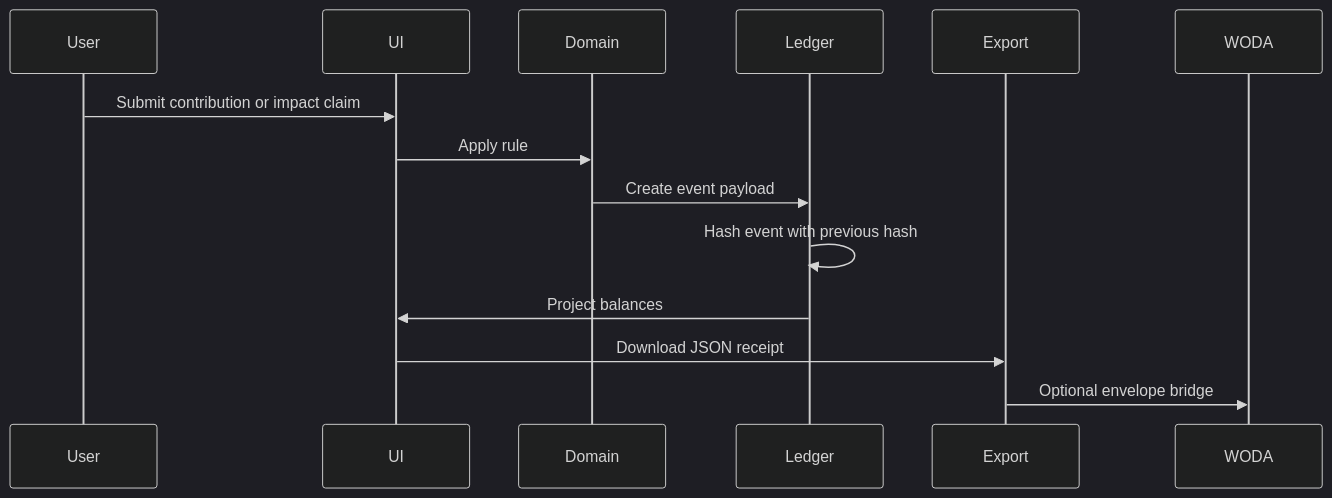
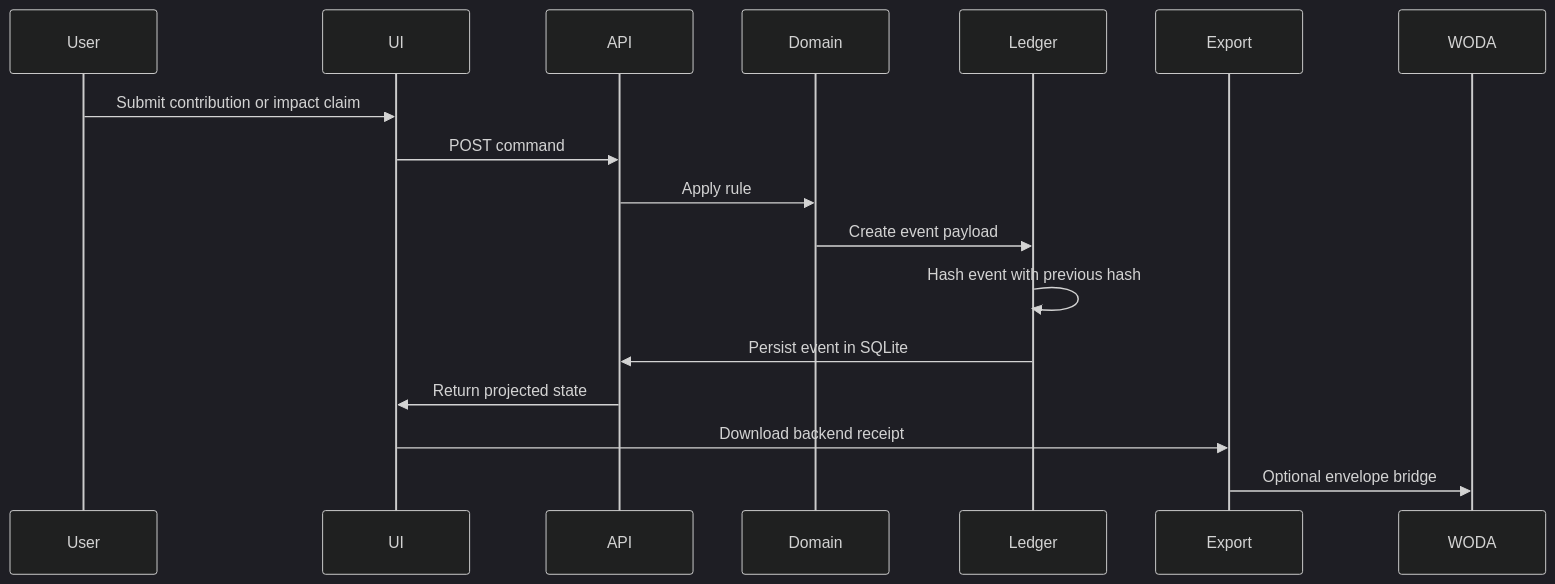
The diagram in docs/ARCHITECTURE.md (Supersynergy/aya-neco), drawn with Mermaid (dark theme) before and after one commit. The commit also changed other lines of this file and 36 other files, not shown here.

Commit message:
feat: add backend api and persistent ledger

````diff
--- a/docs/ARCHITECTURE.md
+++ b/docs/ARCHITECTURE.md
@@ -23,16 +25,19 @@
 ```mermaid
 sequenceDiagram
   participant User
   participant UI
+  participant API
   participant Domain
   participant Ledger
   participant Export
   participant WODA
   User->>UI: Submit contribution or impact claim
-  UI->>Domain: Apply rule
+  UI->>API: POST command
+  API->>Domain: Apply rule
   Domain->>Ledger: Create event payload
   Ledger->>Ledger: Hash event with previous hash
-  Ledger->>UI: Project balances
-  UI->>Export: Download JSON receipt
+  Ledger->>API: Persist event in SQLite
+  API->>UI: Return projected state
+  UI->>Export: Download backend receipt
   Export->>WODA: Optional envelope bridge
 ```
````
